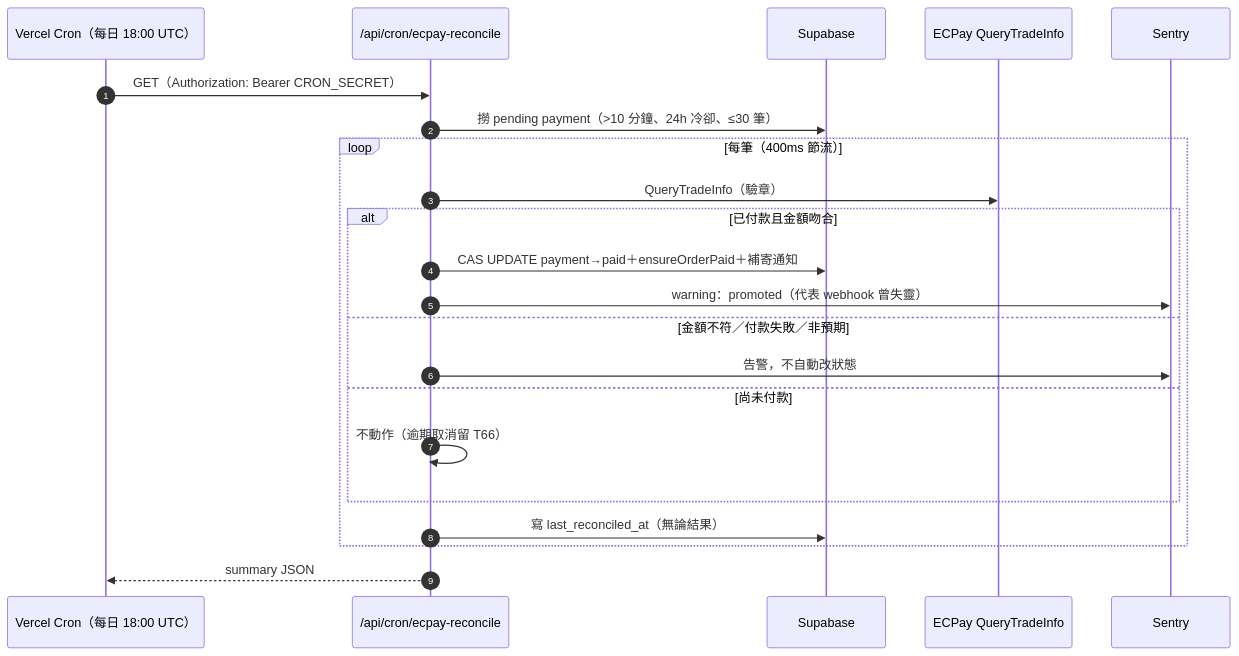
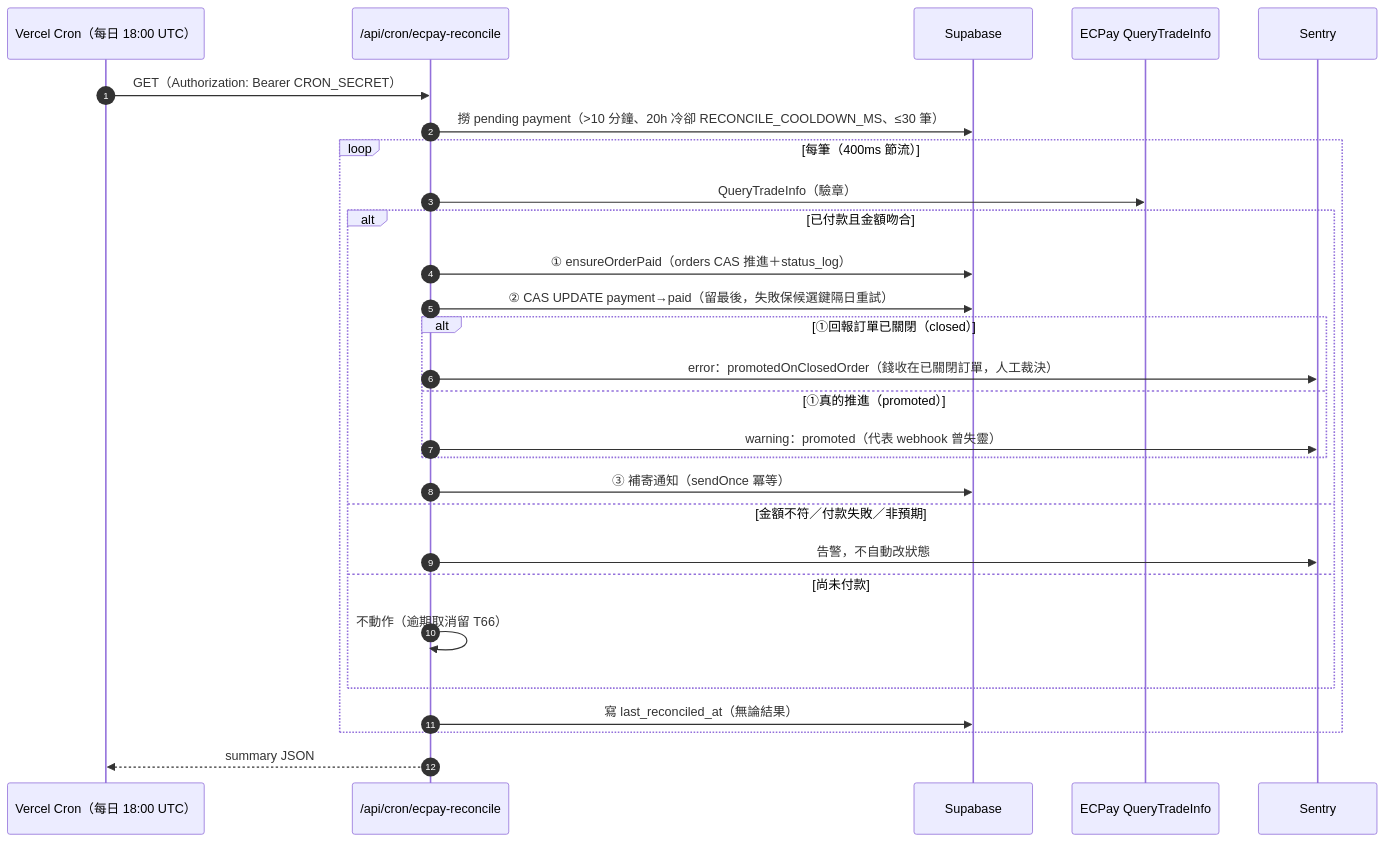
The third of 5 diagrams in docs/architecture.md (incantochen/incantochen), drawn with Mermaid before and after one commit. The commit also changed other lines of this file and 6 other files, not shown here.

````diff
--- a/docs/architecture.md
+++ b/docs/architecture.md
@@ -161,25 +161,31 @@
 ```mermaid
 sequenceDiagram
     autonumber
     participant V as Vercel Cron（每日 18:00 UTC）
     participant R as /api/cron/ecpay-reconcile
     participant DB as Supabase
     participant EC as ECPay QueryTradeInfo
     participant S as Sentry
 
     V->>R: GET（Authorization: Bearer CRON_SECRET）
-    R->>DB: 撈 pending payment（>10 分鐘、24h 冷卻、≤30 筆）
+    R->>DB: 撈 pending payment（>10 分鐘、20h 冷卻 RECONCILE_COOLDOWN_MS、≤30 筆）
     loop 每筆（400ms 節流）
         R->>EC: QueryTradeInfo（驗章）
         alt 已付款且金額吻合
-            R->>DB: CAS UPDATE payment→paid＋ensureOrderPaid＋補寄通知
-            R->>S: warning：promoted（代表 webhook 曾失靈）
+            R->>DB: ① ensureOrderPaid（orders CAS 推進＋status_log）
+            R->>DB: ② CAS UPDATE payment→paid（留最後，失敗保候選鍵隔日重試）
+            alt ①回報訂單已關閉（closed）
+                R->>S: error：promotedOnClosedOrder（錢收在已關閉訂單，人工裁決）
+            else ①真的推進（promoted）
+                R->>S: warning：promoted（代表 webhook 曾失靈）
+            end
+            R->>DB: ③ 補寄通知（sendOnce 冪等）
         else 金額不符／付款失敗／非預期
             R->>S: 告警，不自動改狀態
         else 尚未付款
             R->>R: 不動作（逾期取消留 T66）
         end
         R->>DB: 寫 last_reconciled_at（無論結果）
     end
     R-->>V: summary JSON
 ```
````
